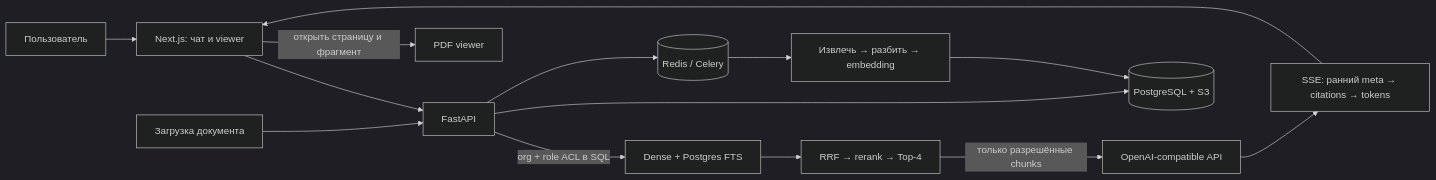
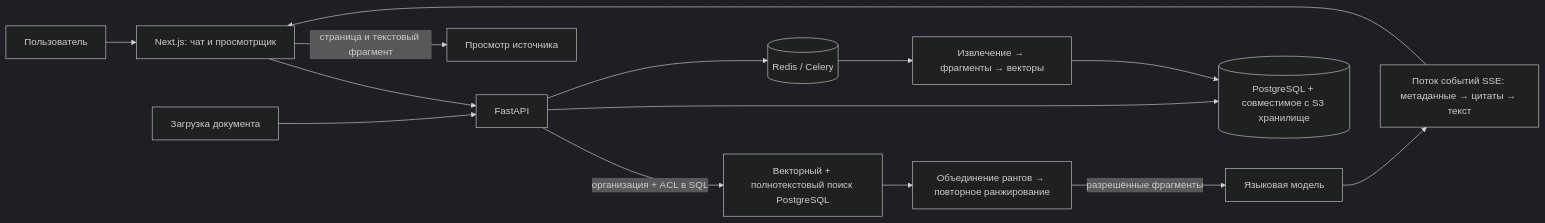
Before and after one commit to vladweat/docwise: the diagram in README.md, drawn with Mermaid (dark theme). The commit also changed other lines of this file and 51 other files, not shown here.

````diff
--- a/README.md
+++ b/README.md
@@ -20,17 +19,17 @@
 ```mermaid
 flowchart LR
-  User[Пользователь] --> UI[Next.js: чат и viewer]
+  User[Пользователь] --> UI[Next.js: чат и просмотрщик]
   UI --> API[FastAPI]
-  API -->|org + role ACL в SQL| Search[Dense + Postgres FTS]
-  Search --> RRF[RRF → rerank → Top-4]
-  RRF -->|только разрешённые chunks| LLM[OpenAI-compatible API]
-  LLM --> SSE[SSE: ранний meta → citations → tokens]
+  API -->|организация + ACL в SQL| Search[Векторный + полнотекстовый поиск PostgreSQL]
+  Search --> RRF[Объединение рангов → повторное ранжирование]
+  RRF -->|разрешённые фрагменты| LLM[Языковая модель]
+  LLM --> SSE[Поток событий SSE: метаданные → цитаты → текст]
   SSE --> UI
-  UI -->|открыть страницу и фрагмент| PDF[PDF viewer]
+  UI -->|страница и текстовый фрагмент| PDF[Просмотр источника]
 
-  Admin[Загрузка документа] --> API
-  API --> Store[(PostgreSQL + S3)]
+  Upload[Загрузка документа] --> API
+  API --> Store[(PostgreSQL + совместимое с S3 хранилище)]
   API --> Queue[(Redis / Celery)]
-  Queue --> Worker[Извлечь → разбить → embedding]
+  Queue --> Worker[Извлечение → фрагменты → векторы]
   Worker --> Store
 ```
````
